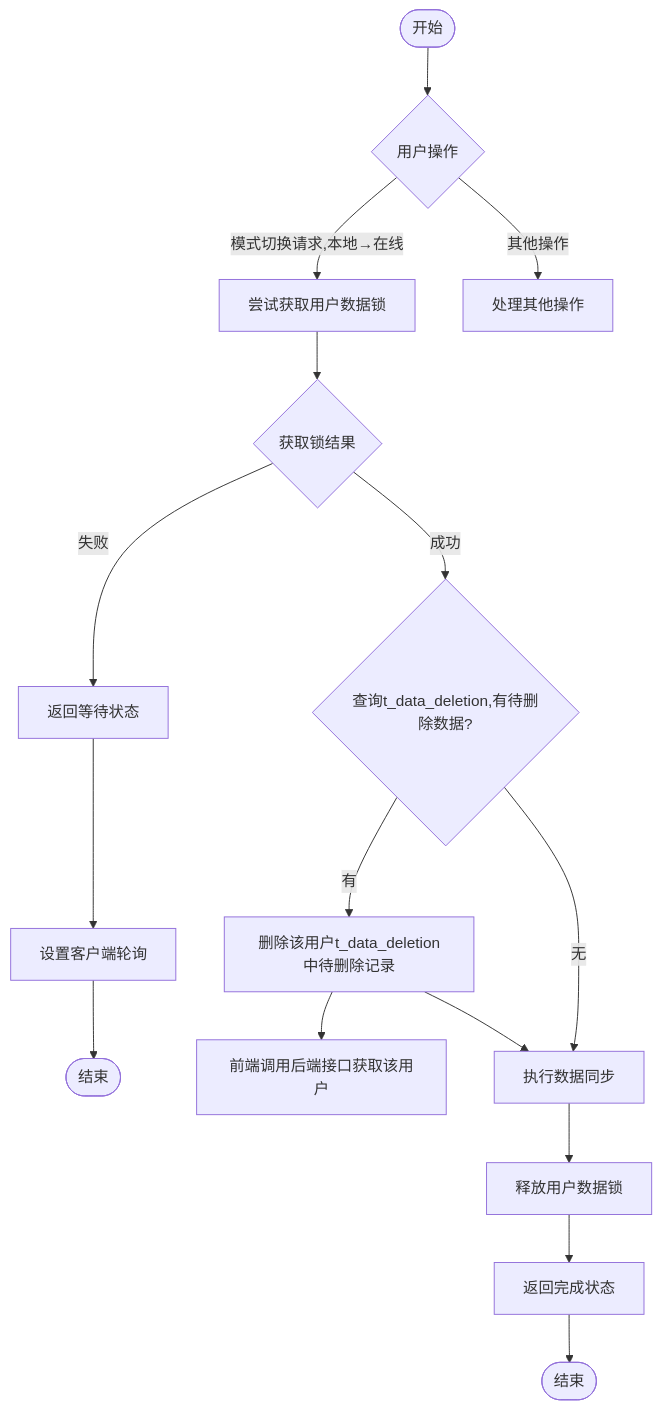
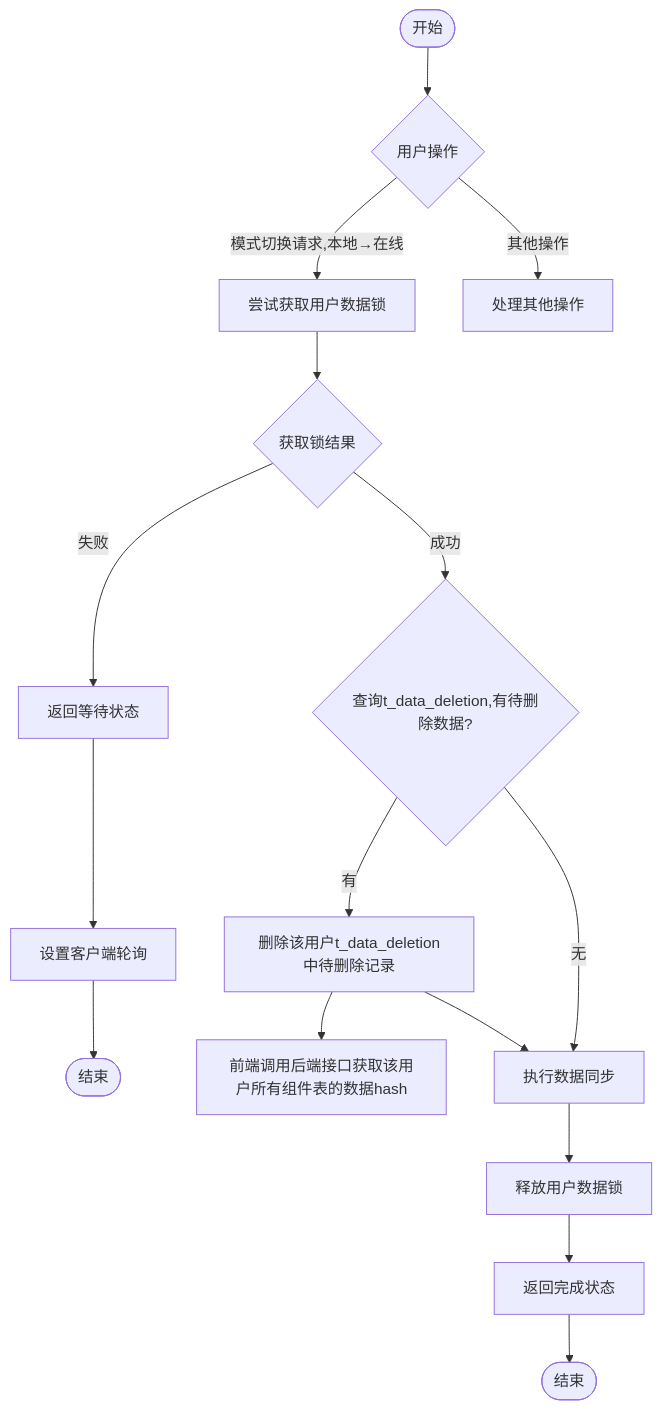
Before and after one commit to yingjianzh/iodraw-files: the diagram in all/未命名-57.md, drawn with Mermaid.

Commit message:
2025-05-12 11:31:20 update

````diff
--- a/all/未命名-57.md
+++ b/all/未命名-57.md
@@ -1,28 +1,28 @@
 ```mermaid
 
 flowchart TD
     %% 主要分支
     Start([开始]) --> UserAction{用户操作}
     UserAction -->|模式切换请求,本地→在线| TryLock[尝试获取用户数据锁]
     UserAction -->|其他操作| OtherOps[处理其他操作]
 
     %% 模式切换流程
     TryLock --> LockResult{获取锁结果}
     
     LockResult -->|失败| ReturnWaiting[返回等待状态]
     ReturnWaiting --> SetupPolling[设置客户端轮询]
     SetupPolling --> End1([结束])
     
     LockResult -->|成功| CheckPendingDeletion{查询t_data_deletion,有待删除数据?}
     
     CheckPendingDeletion -->|有| RemoveDeletionRecords[删除该用户t_data_deletion中待删除记录]
-    RemoveDeletionRecords --> FrontGetComponentTableHash[前端调用后端接口获取该用户]
+    RemoveDeletionRecords --> FrontGetComponentTableHash[前端调用后端接口获取该用户所有组件表的数据hash]
     RemoveDeletionRecords --> PerformSync[执行数据同步]
     
     CheckPendingDeletion -->|无| PerformSync
     
     PerformSync --> ReleaseSwitchLock[释放用户数据锁]
     ReleaseSwitchLock --> ReturnComplete[返回完成状态]
     ReturnComplete --> End2([结束])
 
 ```
````
